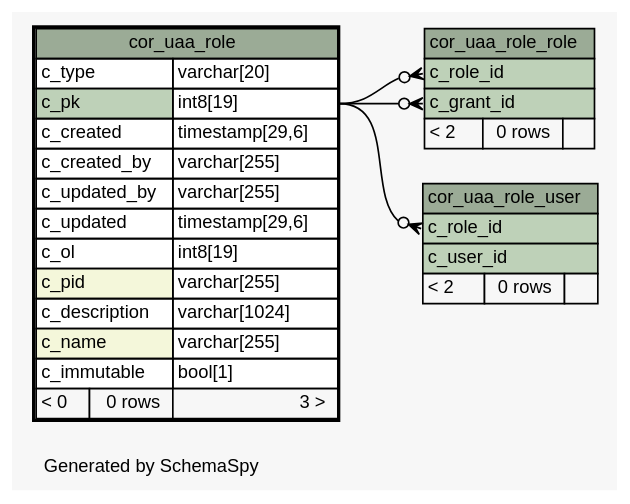
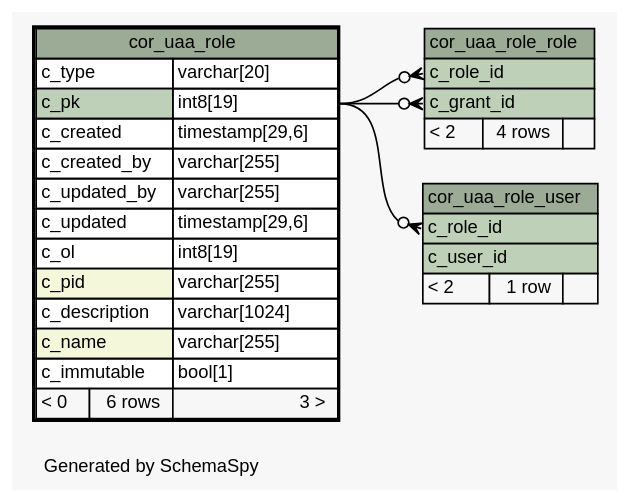
The diagram in 2.0.0-SNAPSHOT/schemaspy/diagrams/cor_uaa_role.1degree.dot (openwms/org.openwms.core.uaa), drawn with Graphviz before and after one commit. The commit also changed 309 other files, not shown here.

```diff
--- a/2.0.0-SNAPSHOT/schemaspy/diagrams/cor_uaa_role.1degree.dot
+++ b/2.0.0-SNAPSHOT/schemaspy/diagrams/cor_uaa_role.1degree.dot
@@ -1,67 +1,67 @@
 // dot 2.43.0 on Linux 5.15.0-1020-azure
 // SchemaSpy rev Unknown
 digraph "oneDegreeRelationshipsDiagram" {
   graph [
     rankdir="RL"
     bgcolor="#f7f7f7"
     label="\nGenerated by SchemaSpy"
     labeljust="l"
     nodesep="0.18"
     ranksep="0.46"
     fontname="Helvetica"
     fontsize="11"
   ];
   node [
     fontname="Helvetica"
     fontsize="11"
     shape="plaintext"
   ];
   edge [
     arrowsize="0.8"
   ];
   "cor_uaa_role_role":"c_grant_id":w -> "cor_uaa_role":"c_pk.type":e [arrowhead=none dir=back arrowtail=crowodot];
   "cor_uaa_role_role":"c_role_id":w -> "cor_uaa_role":"c_pk.type":e [arrowhead=none dir=back arrowtail=crowodot];
   "cor_uaa_role_user":"c_role_id":w -> "cor_uaa_role":"c_pk.type":e [arrowhead=none dir=back arrowtail=crowodot];
   "cor_uaa_role" [
     label=<
     <TABLE BORDER="2" CELLBORDER="1" CELLSPACING="0" BGCOLOR="#ffffff">
       <TR><TD COLSPAN="3" BGCOLOR="#9bab96" ALIGN="CENTER">cor_uaa_role</TD></TR>
       <TR><TD PORT="c_type" COLSPAN="2" ALIGN="LEFT">c_type</TD><TD PORT="c_type.type" ALIGN="LEFT">varchar[20]</TD></TR>
       <TR><TD PORT="c_pk" COLSPAN="2" BGCOLOR="#bed1b8" ALIGN="LEFT">c_pk</TD><TD PORT="c_pk.type" ALIGN="LEFT">int8[19]</TD></TR>
       <TR><TD PORT="c_created" COLSPAN="2" ALIGN="LEFT">c_created</TD><TD PORT="c_created.type" ALIGN="LEFT">timestamp[29,6]</TD></TR>
       <TR><TD PORT="c_created_by" COLSPAN="2" ALIGN="LEFT">c_created_by</TD><TD PORT="c_created_by.type" ALIGN="LEFT">varchar[255]</TD></TR>
       <TR><TD PORT="c_updated_by" COLSPAN="2" ALIGN="LEFT">c_updated_by</TD><TD PORT="c_updated_by.type" ALIGN="LEFT">varchar[255]</TD></TR>
       <TR><TD PORT="c_updated" COLSPAN="2" ALIGN="LEFT">c_updated</TD><TD PORT="c_updated.type" ALIGN="LEFT">timestamp[29,6]</TD></TR>
       <TR><TD PORT="c_ol" COLSPAN="2" ALIGN="LEFT">c_ol</TD><TD PORT="c_ol.type" ALIGN="LEFT">int8[19]</TD></TR>
       <TR><TD PORT="c_pid" COLSPAN="2" BGCOLOR="#f4f7da" ALIGN="LEFT">c_pid</TD><TD PORT="c_pid.type" ALIGN="LEFT">varchar[255]</TD></TR>
       <TR><TD PORT="c_description" COLSPAN="2" ALIGN="LEFT">c_description</TD><TD PORT="c_description.type" ALIGN="LEFT">varchar[1024]</TD></TR>
       <TR><TD PORT="c_name" COLSPAN="2" BGCOLOR="#f4f7da" ALIGN="LEFT">c_name</TD><TD PORT="c_name.type" ALIGN="LEFT">varchar[255]</TD></TR>
       <TR><TD PORT="c_immutable" COLSPAN="2" ALIGN="LEFT">c_immutable</TD><TD PORT="c_immutable.type" ALIGN="LEFT">bool[1]</TD></TR>
-      <TR><TD ALIGN="LEFT" BGCOLOR="#f7f7f7">&lt; 0</TD><TD ALIGN="RIGHT" BGCOLOR="#f7f7f7">0 rows</TD><TD ALIGN="RIGHT" BGCOLOR="#f7f7f7">3 &gt;</TD></TR>
+      <TR><TD ALIGN="LEFT" BGCOLOR="#f7f7f7">&lt; 0</TD><TD ALIGN="RIGHT" BGCOLOR="#f7f7f7">6 rows</TD><TD ALIGN="RIGHT" BGCOLOR="#f7f7f7">3 &gt;</TD></TR>
     </TABLE>>
     URL="cor_uaa_role.html"
     tooltip="cor_uaa_role"
   ];
   "cor_uaa_role_role" [
     label=<
     <TABLE BORDER="0" CELLBORDER="1" CELLSPACING="0" BGCOLOR="#ffffff">
       <TR><TD COLSPAN="3" BGCOLOR="#9bab96" ALIGN="CENTER">cor_uaa_role_role</TD></TR>
       <TR><TD PORT="c_role_id" COLSPAN="3" BGCOLOR="#bed1b8" ALIGN="LEFT">c_role_id</TD></TR>
       <TR><TD PORT="c_grant_id" COLSPAN="3" BGCOLOR="#bed1b8" ALIGN="LEFT">c_grant_id</TD></TR>
-      <TR><TD ALIGN="LEFT" BGCOLOR="#f7f7f7">&lt; 2</TD><TD ALIGN="RIGHT" BGCOLOR="#f7f7f7">0 rows</TD><TD ALIGN="RIGHT" BGCOLOR="#f7f7f7">  </TD></TR>
+      <TR><TD ALIGN="LEFT" BGCOLOR="#f7f7f7">&lt; 2</TD><TD ALIGN="RIGHT" BGCOLOR="#f7f7f7">4 rows</TD><TD ALIGN="RIGHT" BGCOLOR="#f7f7f7">  </TD></TR>
     </TABLE>>
     URL="cor_uaa_role_role.html"
     tooltip="cor_uaa_role_role"
   ];
   "cor_uaa_role_user" [
     label=<
     <TABLE BORDER="0" CELLBORDER="1" CELLSPACING="0" BGCOLOR="#ffffff">
       <TR><TD COLSPAN="3" BGCOLOR="#9bab96" ALIGN="CENTER">cor_uaa_role_user</TD></TR>
       <TR><TD PORT="c_role_id" COLSPAN="3" BGCOLOR="#bed1b8" ALIGN="LEFT">c_role_id</TD></TR>
       <TR><TD PORT="c_user_id" COLSPAN="3" BGCOLOR="#bed1b8" ALIGN="LEFT">c_user_id</TD></TR>
-      <TR><TD ALIGN="LEFT" BGCOLOR="#f7f7f7">&lt; 2</TD><TD ALIGN="RIGHT" BGCOLOR="#f7f7f7">0 rows</TD><TD ALIGN="RIGHT" BGCOLOR="#f7f7f7">  </TD></TR>
+      <TR><TD ALIGN="LEFT" BGCOLOR="#f7f7f7">&lt; 2</TD><TD ALIGN="RIGHT" BGCOLOR="#f7f7f7">1 row</TD><TD ALIGN="RIGHT" BGCOLOR="#f7f7f7">  </TD></TR>
     </TABLE>>
     URL="cor_uaa_role_user.html"
     tooltip="cor_uaa_role_user"
   ];
 }
```
